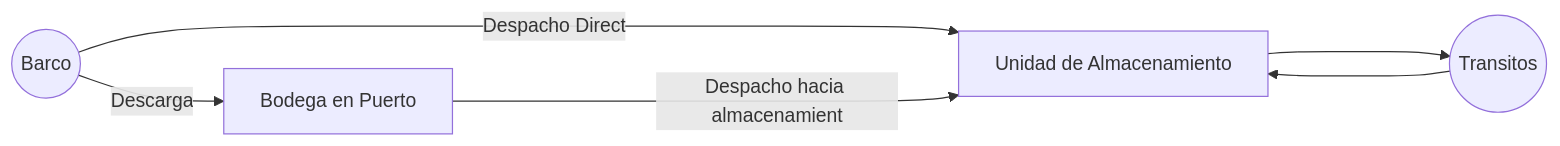
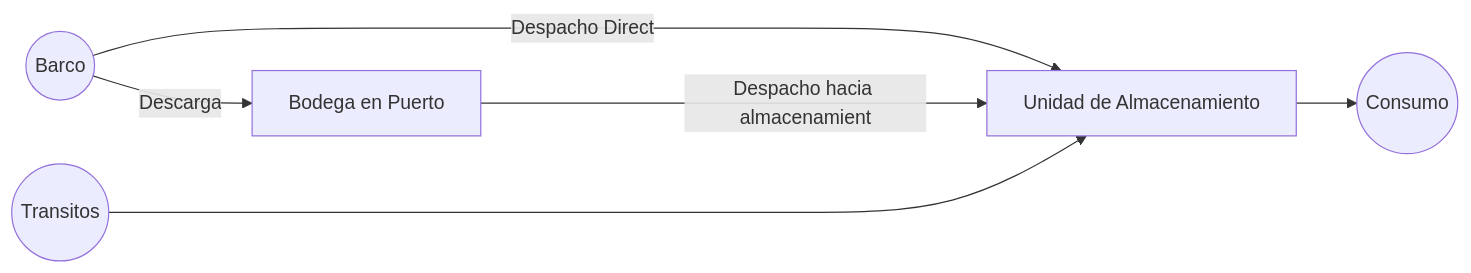
One commit to luisferpinilla/bios_solver changed the first of 2 diagrams in conceptualizacion.md. Above: the diagram before and after it, drawn with Mermaid.

Commit message:
digrama incluyendo transitos a plantas

````diff
--- a/conceptualizacion.md
+++ b/conceptualizacion.md
@@ -35,8 +35,8 @@
 ```mermaid
 graph LR;
     id0((Barco)) --Descarga--> id1[Bodega en Puerto]
     id0((Barco)) --Despacho Directo--> id2[Unidad de Almacenamiento]
     id1[Bodega en Puerto] --Despacho hacia almacenamiento--> id2[Unidad de Almacenamiento]
     id2[Unidad de Almacenamiento] --> id3((Consumo))
-    id3((Transitos)) ----> id2[Unidad de Almacenamiento]
+    id4((Transitos)) ----> id2[Unidad de Almacenamiento]
 ```
````
